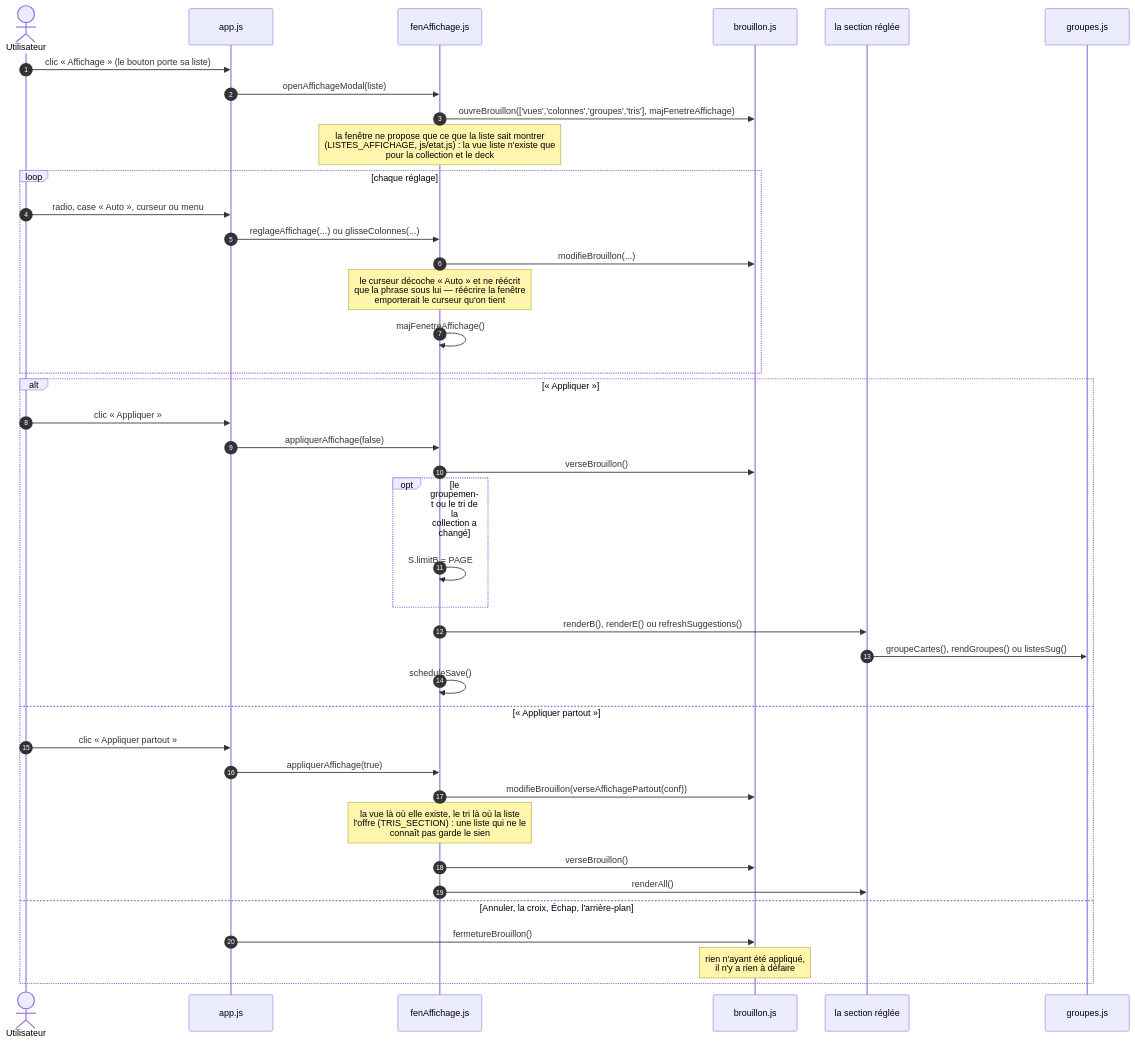
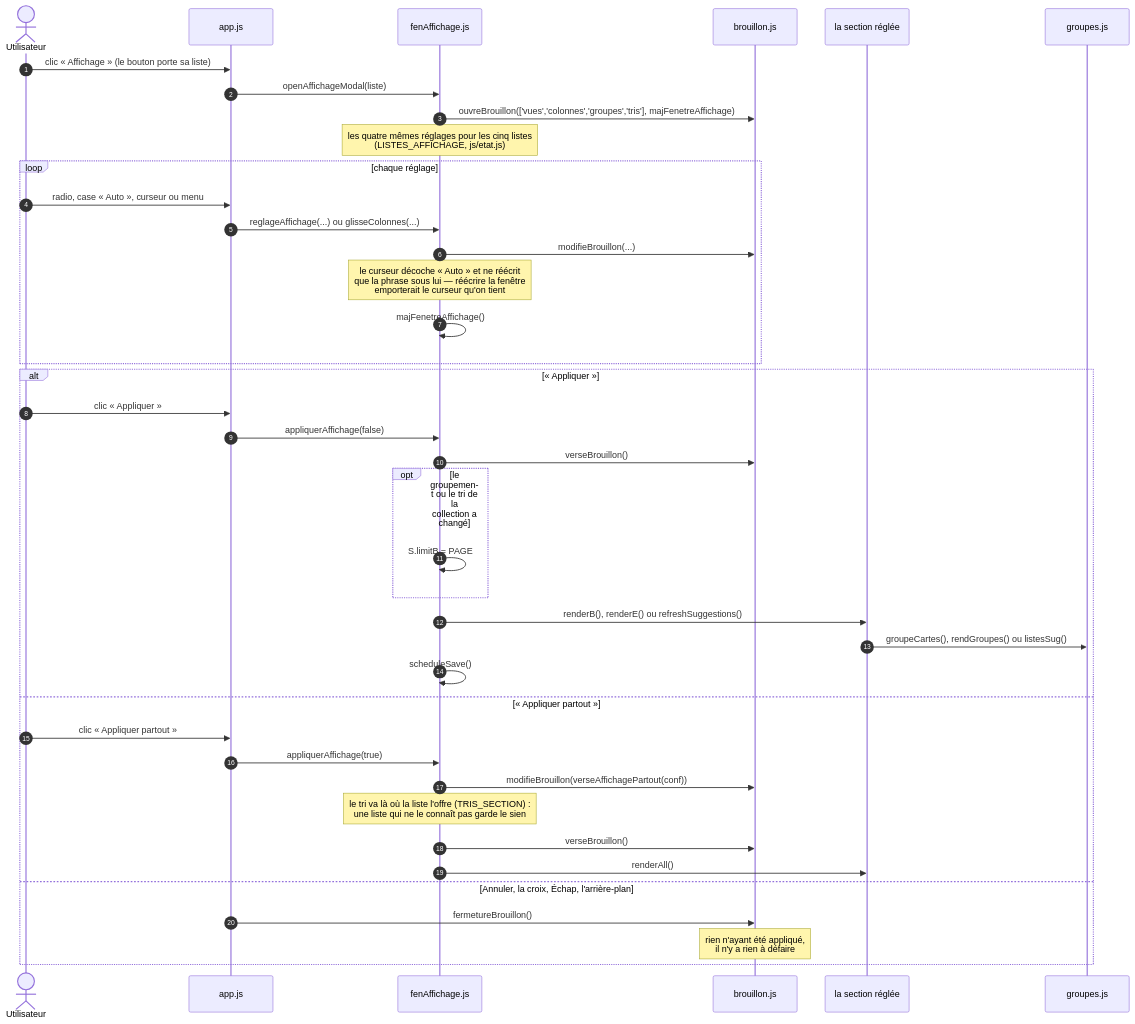
Before and after one commit to HJoudrier/MtgDeckBuilder_v3: the sixth of 13 diagrams in PARCOURS.md, drawn with Mermaid. The commit also changed 14 other files, not shown here.

First line of the commit message:
Liste ou grille pour les cinq listes, et les deux choix sur une ligne

````diff
--- a/PARCOURS.md
+++ b/PARCOURS.md
@@ -304,43 +304,43 @@
 ```mermaid
 sequenceDiagram
     autonumber
     actor U as Utilisateur
     participant APP as app.js
     participant AFF as fenAffichage.js
     participant BR as brouillon.js
     participant SEC as la section réglée
     participant GRP as groupes.js
 
     U->>APP: clic « Affichage » (le bouton porte sa liste)
     APP->>AFF: openAffichageModal(liste)
     AFF->>BR: ouvreBrouillon(['vues','colonnes','groupes','tris'], majFenetreAffichage)
-    Note over AFF: la fenêtre ne propose que ce que la liste sait montrer<br/>(LISTES_AFFICHAGE, js/etat.js) : la vue liste n'existe que<br/>pour la collection et le deck
+    Note over AFF: les quatre mêmes réglages pour les cinq listes<br/>(LISTES_AFFICHAGE, js/etat.js)
     loop chaque réglage
         U->>APP: radio, case « Auto », curseur ou menu
         APP->>AFF: reglageAffichage(...) ou glisseColonnes(...)
         AFF->>BR: modifieBrouillon(...)
         Note over AFF: le curseur décoche « Auto » et ne réécrit<br/>que la phrase sous lui — réécrire la fenêtre<br/>emporterait le curseur qu'on tient
         AFF->>AFF: majFenetreAffichage()
     end
     alt « Appliquer »
         U->>APP: clic « Appliquer »
         APP->>AFF: appliquerAffichage(false)
         AFF->>BR: verseBrouillon()
         opt le groupement ou le tri de la collection a changé
             AFF->>AFF: S.limitB = PAGE
         end
         AFF->>SEC: renderB(), renderE() ou refreshSuggestions()
         SEC->>GRP: groupeCartes(), rendGroupes() ou listesSug()
         AFF->>AFF: scheduleSave()
     else « Appliquer partout »
         U->>APP: clic « Appliquer partout »
         APP->>AFF: appliquerAffichage(true)
         AFF->>BR: modifieBrouillon(verseAffichagePartout(conf))
-        Note over AFF: la vue là où elle existe, le tri là où la liste<br/>l'offre (TRIS_SECTION) : une liste qui ne le<br/>connaît pas garde le sien
+        Note over AFF: le tri va là où la liste l'offre (TRIS_SECTION) :<br/>une liste qui ne le connaît pas garde le sien
         AFF->>BR: verseBrouillon()
         AFF->>SEC: renderAll()
     else Annuler, la croix, Échap, l'arrière-plan
         APP->>BR: fermetureBrouillon()
         Note over BR: rien n'ayant été appliqué,<br/>il n'y a rien à défaire
     end
 ```
````
